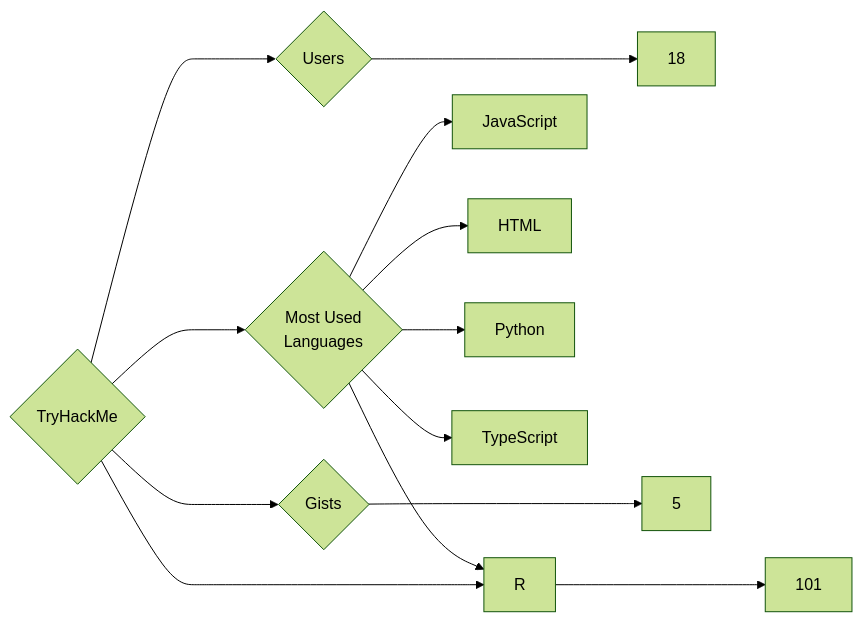
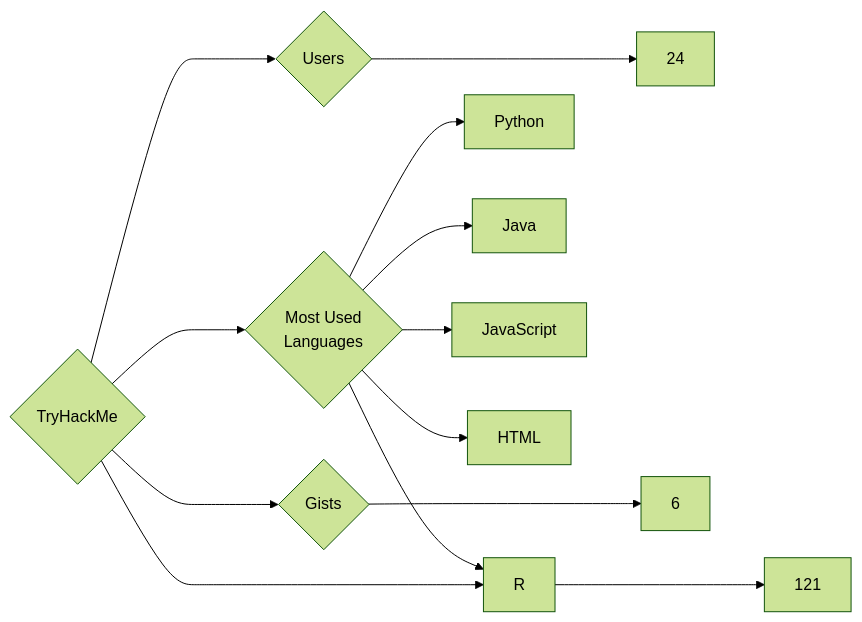
The diagram in targets/TryHackMe/README.md (trickest/insiders), drawn with Mermaid (forest theme) before and after one commit. The commit also changed 806 other files, not shown here.

````diff
--- a/targets/TryHackMe/README.md
+++ b/targets/TryHackMe/README.md
@@ -3,13 +3,13 @@
 ```mermaid
 graph LR
 COMPANY_NAME{TryHackMe}
-COMPANY_NAME ---> U{Users} ---> UN[18]
-COMPANY_NAME ---> R{Repositories} ---> RN[101]
-COMPANY_NAME ---> G{Gists} ---> GN[5]
+COMPANY_NAME ---> U{Users} ---> UN[24]
+COMPANY_NAME ---> R{Repositories} ---> RN[121]
+COMPANY_NAME ---> G{Gists} ---> GN[6]
 COMPANY_NAME ---> ML{Most Used<br>Languages}
+ML --> Python[Python]
+ML --> Java[Java]
 ML --> JavaScript[JavaScript]
 ML --> HTML[HTML]
-ML --> Python[Python]
-ML --> TypeScript[TypeScript]
 ML --> R[R]
 ```
````
